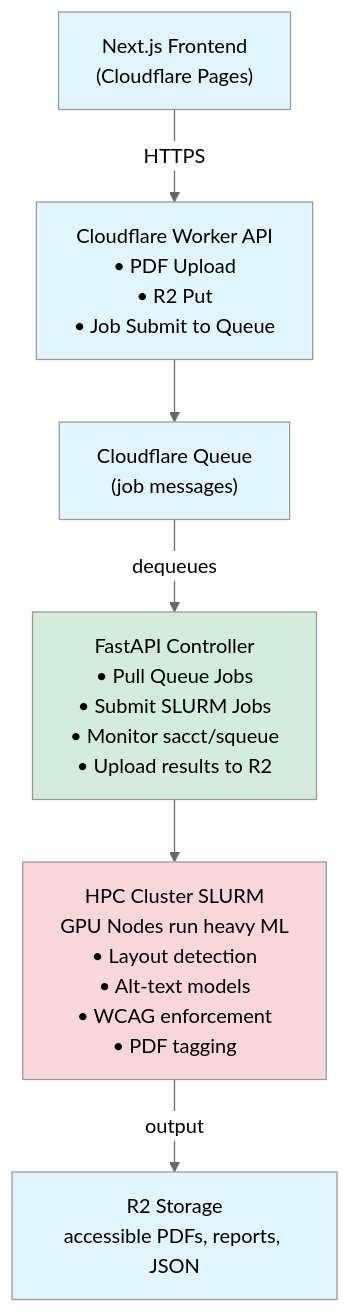
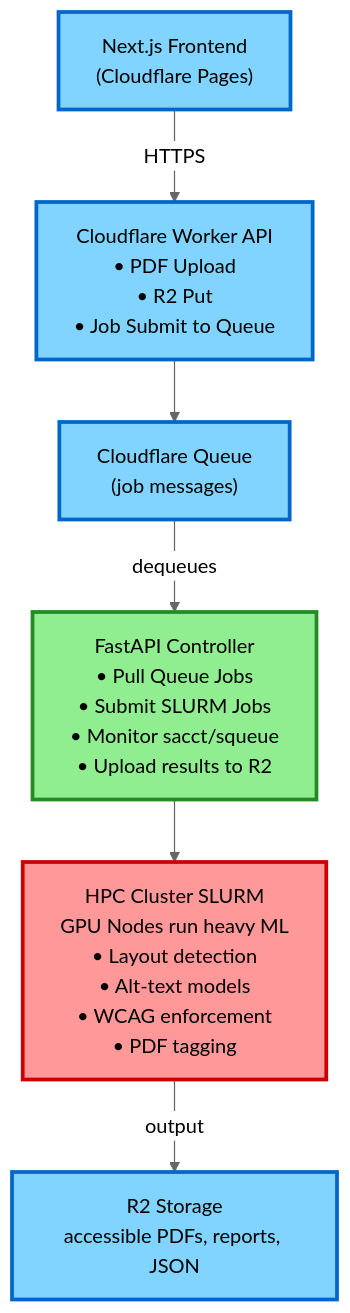
The first of 2 diagrams in docs/ARCHITECTURE.md (ucdavis/accessible-pdf-rocky), drawn with Mermaid (neutral theme) before and after one commit. The commit also changed other lines of this file and 2 other files, not shown here.

First line of the commit message:
Changed: Updates diagram styles for clarity

````diff
--- a/docs/ARCHITECTURE.md
+++ b/docs/ARCHITECTURE.md
@@ -60,21 +60,21 @@
 ```mermaid
 flowchart TD
     Frontend["Next.js Frontend<br/>(Cloudflare Pages)"] -->|HTTPS| Workers
     
     Workers["Cloudflare Worker API<br/>• PDF Upload<br/>• R2 Put<br/>• Job Submit to Queue"] --> Queue
     
     Queue["Cloudflare Queue<br/>(job messages)"] -->|dequeues| Controller
     
     Controller["FastAPI Controller<br/>• Pull Queue Jobs<br/>• Submit SLURM Jobs<br/>• Monitor sacct/squeue<br/>• Upload results to R2"] --> HPC
     
     HPC["HPC Cluster SLURM<br/>GPU Nodes run heavy ML<br/>• Layout detection<br/>• Alt-text models<br/>• WCAG enforcement<br/>• PDF tagging"] -->|output| R2
     
     R2["R2 Storage<br/>accessible PDFs, reports, JSON"]
     
-    style Frontend fill:#e1f5ff
-    style Workers fill:#e1f5ff
-    style Queue fill:#e1f5ff
-    style Controller fill:#d4edda
-    style HPC fill:#f8d7da
-    style R2 fill:#e1f5ff
+    style Frontend fill:#80d4ff,stroke:#0066cc,stroke-width:3px,color:#000
+    style Workers fill:#80d4ff,stroke:#0066cc,stroke-width:3px,color:#000
+    style Queue fill:#80d4ff,stroke:#0066cc,stroke-width:3px,color:#000
+    style Controller fill:#90ee90,stroke:#228b22,stroke-width:3px,color:#000
+    style HPC fill:#ff9999,stroke:#cc0000,stroke-width:3px,color:#000
+    style R2 fill:#80d4ff,stroke:#0066cc,stroke-width:3px,color:#000
 ```
````
